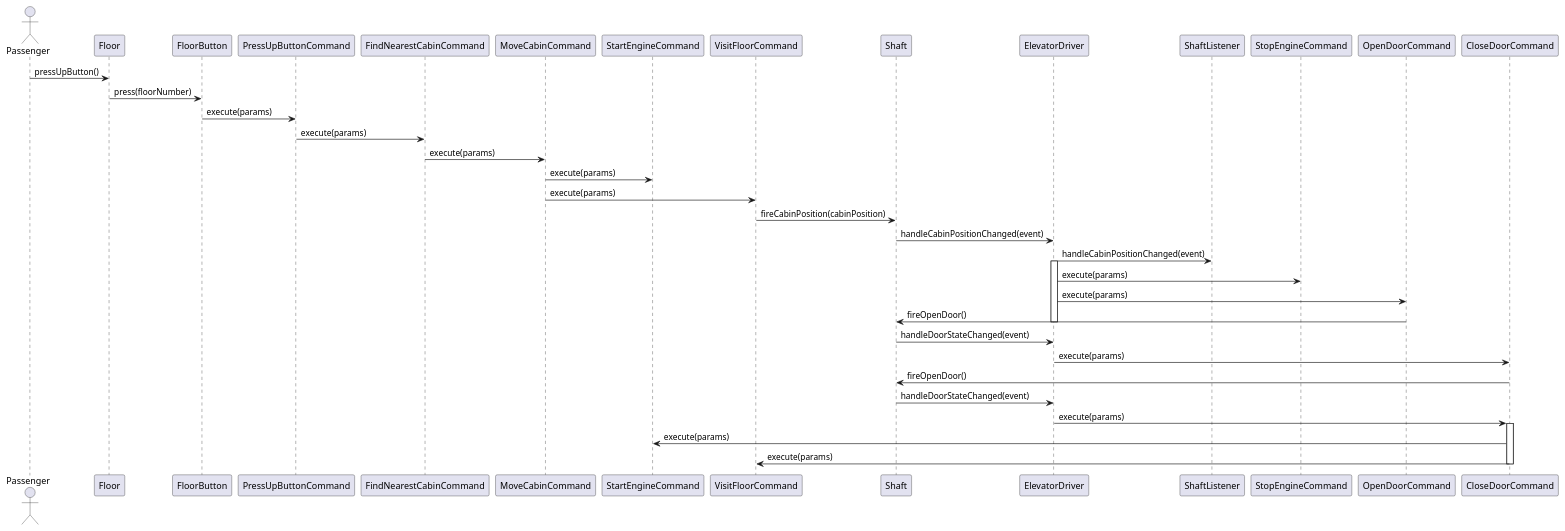
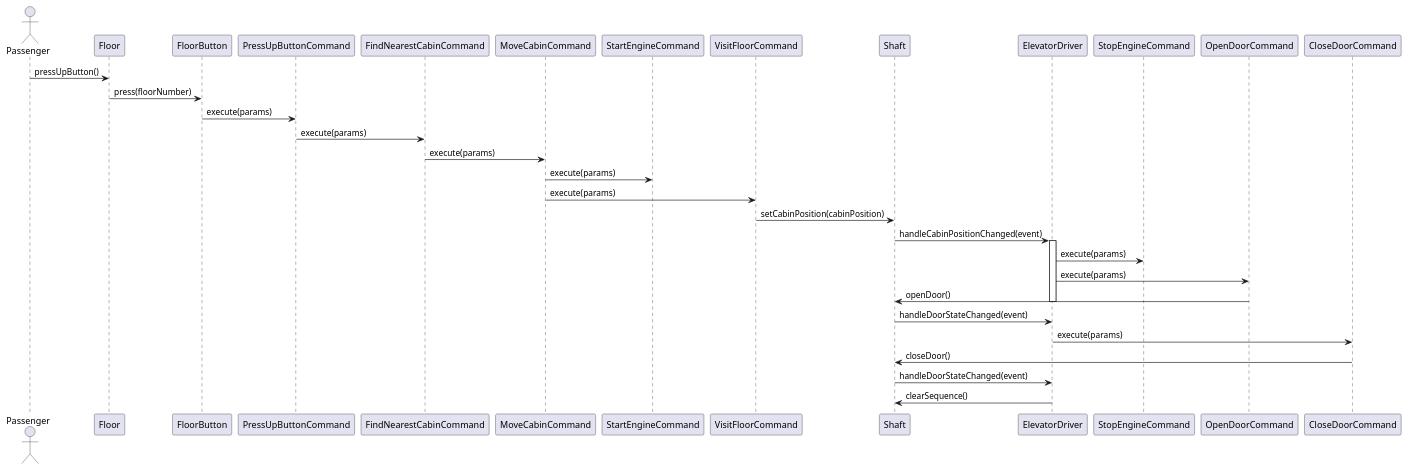
Before and after one commit to WhiteSnakeE/ElevatorDriver: the diagram in src/documentation/cases/listeners.puml, drawn with PlantUML.

Commit message:
edit sequence diagram

```diff
--- a/src/documentation/cases/listeners.puml
+++ b/src/documentation/cases/listeners.puml
@@ -1,31 +1,26 @@
 @startuml
 
 actor Passenger
 
 Passenger -> Floor: pressUpButton()
 Floor -> FloorButton: press(floorNumber)
 FloorButton -> PressUpButtonCommand: execute(params)
 PressUpButtonCommand -> FindNearestCabinCommand: execute(params)
 FindNearestCabinCommand -> MoveCabinCommand: execute(params)
 MoveCabinCommand -> StartEngineCommand: execute(params)
 MoveCabinCommand -> VisitFloorCommand: execute(params)
 
-VisitFloorCommand -> Shaft: fireCabinPosition(cabinPosition)
+VisitFloorCommand -> Shaft: setCabinPosition(cabinPosition)
 Shaft -> ElevatorDriver: handleCabinPositionChanged(event)
-ElevatorDriver -> ShaftListener: handleCabinPositionChanged(event)
 activate ElevatorDriver
 ElevatorDriver -> StopEngineCommand: execute(params)
 ElevatorDriver -> OpenDoorCommand: execute(params)
-OpenDoorCommand -> Shaft: fireOpenDoor()
+OpenDoorCommand -> Shaft: openDoor()
 deactivate ElevatorDriver
 Shaft -> ElevatorDriver: handleDoorStateChanged(event)
 ElevatorDriver -> CloseDoorCommand: execute(params)
-CloseDoorCommand -> Shaft: fireOpenDoor()
+CloseDoorCommand -> Shaft: closeDoor()
 Shaft -> ElevatorDriver: handleDoorStateChanged(event)
-ElevatorDriver -> CloseDoorCommand: execute(params)
-activate CloseDoorCommand
-CloseDoorCommand -> StartEngineCommand: execute(params)
-CloseDoorCommand -> VisitFloorCommand: execute(params)
-deactivate CloseDoorCommand
+ElevatorDriver -> Shaft: clearSequence()
 
 @enduml
```
